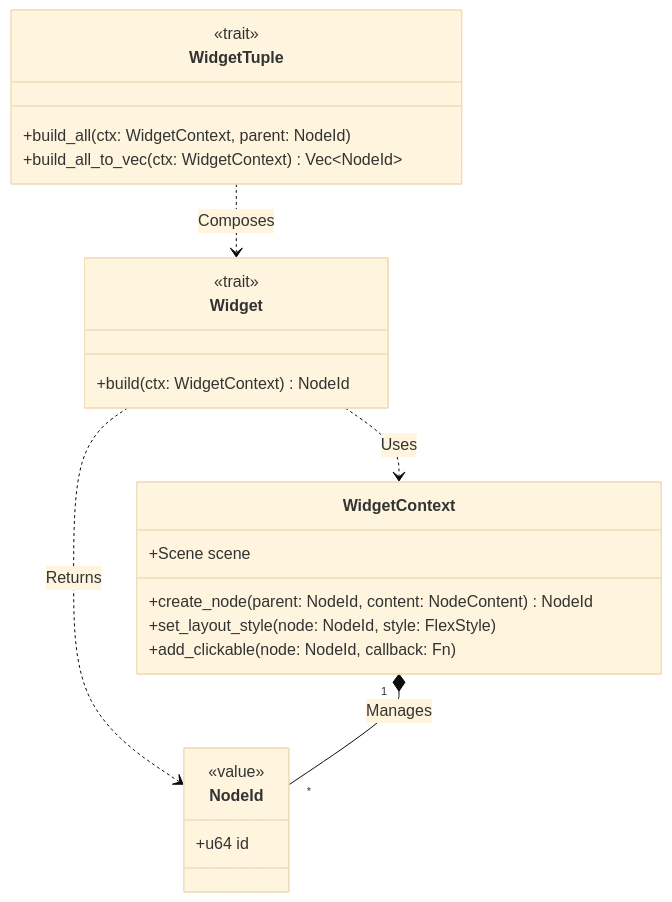
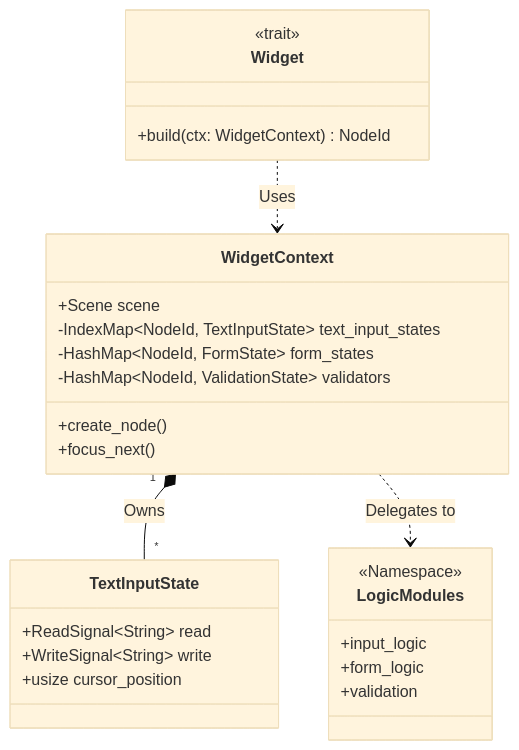
Before and after one commit to madmax983/arthropod: the fifth of 5 diagrams in docs/architecture.md, drawn with Mermaid (base theme). The commit also changed other lines of this file and 4 other files, not shown here.

Commit message:
Recorded the removal of MainThreadSignal (ADR 027) and the refactoring of WidgetContext (ADR 028). Updated architecture diagrams and removed stale references in developer guides. (#395)

````diff
--- a/docs/architecture.md
+++ b/docs/architecture.md
@@ -141,30 +141,33 @@
 ```mermaid
 classDiagram
     class Widget {
         <<trait>>
         +build(ctx: WidgetContext) NodeId
     }
 
-    class WidgetTuple {
-        <<trait>>
-        +build_all(ctx: WidgetContext, parent: NodeId)
-        +build_all_to_vec(ctx: WidgetContext) Vec~NodeId~
+    class WidgetContext {
+        +Scene scene
+        -IndexMap~NodeId, TextInputState~ text_input_states
+        -HashMap~NodeId, FormState~ form_states
+        -HashMap~NodeId, ValidationState~ validators
+        +create_node()
+        +focus_next()
     }
 
-    class WidgetContext {
-        +Scene scene
-        +create_node(parent: NodeId, content: NodeContent) NodeId
-        +set_layout_style(node: NodeId, style: FlexStyle)
-        +add_clickable(node: NodeId, callback: Fn)
+    class LogicModules {
+        <<Namespace>>
+        +input_logic
+        +form_logic
+        +validation
     }
 
-    class NodeId {
-        <<value>>
-        +u64 id
+    class TextInputState {
+        +ReadSignal~String~ read
+        +WriteSignal~String~ write
+        +usize cursor_position
     }
 
     Widget ..> WidgetContext : Uses
-    Widget ..> NodeId : Returns
-    WidgetTuple ..> Widget : Composes
-    WidgetContext "1" *-- "*" NodeId : Manages
+    WidgetContext "1" *-- "*" TextInputState : Owns
+    WidgetContext ..> LogicModules : Delegates to
 ```
````
